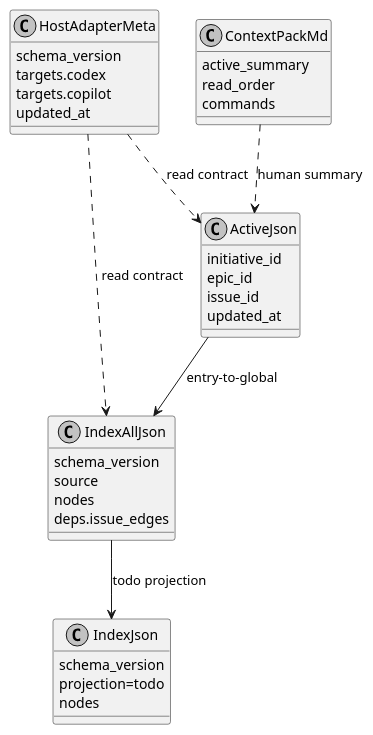
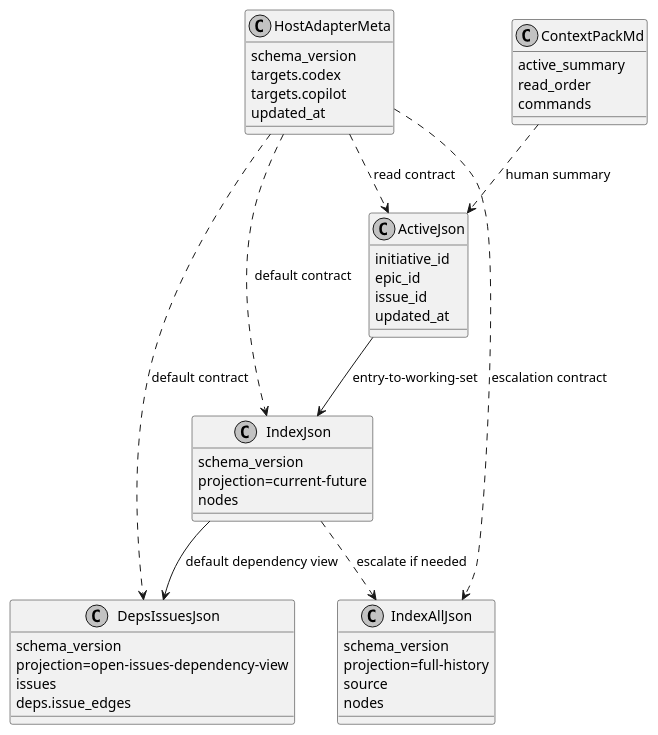
Before and after one commit to chemitaro/spec-dock: the second of 3 diagrams in spec-dock/initiatives/init-local-00002-prototype-feature-expansion/epics/epic-00048-agent-facing-interface-hardening-and-host-adapter-scaffolding/design.md, drawn with PlantUML. The commit also changed other lines of this file and 2 other files, not shown here.

````diff
--- a/spec-dock/initiatives/init-local-00002-prototype-feature-expansion/epics/epic-00048-agent-facing-interface-hardening-and-host-adapter-scaffolding/design.md
+++ b/spec-dock/initiatives/init-local-00002-prototype-feature-expansion/epics/epic-00048-agent-facing-interface-hardening-and-host-adapter-scaffolding/design.md
@@ -142,44 +154,54 @@
 ```plantuml
 @startuml
 skinparam monochrome true
 
 class ActiveJson {
   initiative_id
   epic_id
   issue_id
   updated_at
 }
 
-class IndexAllJson {
+class IndexJson {
   schema_version
-  source
+  projection=current-future
   nodes
+}
+
+class DepsIssuesJson {
+  schema_version
+  projection=open-issues-dependency-view
+  issues
   deps.issue_edges
 }
 
-class IndexJson {
+class IndexAllJson {
   schema_version
-  projection=todo
+  projection=full-history
+  source
   nodes
 }
 
 class ContextPackMd {
   active_summary
   read_order
   commands
 }
 
 class HostAdapterMeta {
   schema_version
   targets.codex
   targets.copilot
   updated_at
 }
 
-ActiveJson --> IndexAllJson : entry-to-global
-IndexAllJson --> IndexJson : todo projection
+ActiveJson --> IndexJson : entry-to-working-set
+IndexJson --> DepsIssuesJson : default dependency view
+IndexJson ..> IndexAllJson : escalate if needed
 ContextPackMd ..> ActiveJson : human summary
 HostAdapterMeta ..> ActiveJson : read contract
-HostAdapterMeta ..> IndexAllJson : read contract
+HostAdapterMeta ..> IndexJson : default contract
+HostAdapterMeta ..> DepsIssuesJson : default contract
+HostAdapterMeta ..> IndexAllJson : escalation contract
 @enduml
 ```
````
